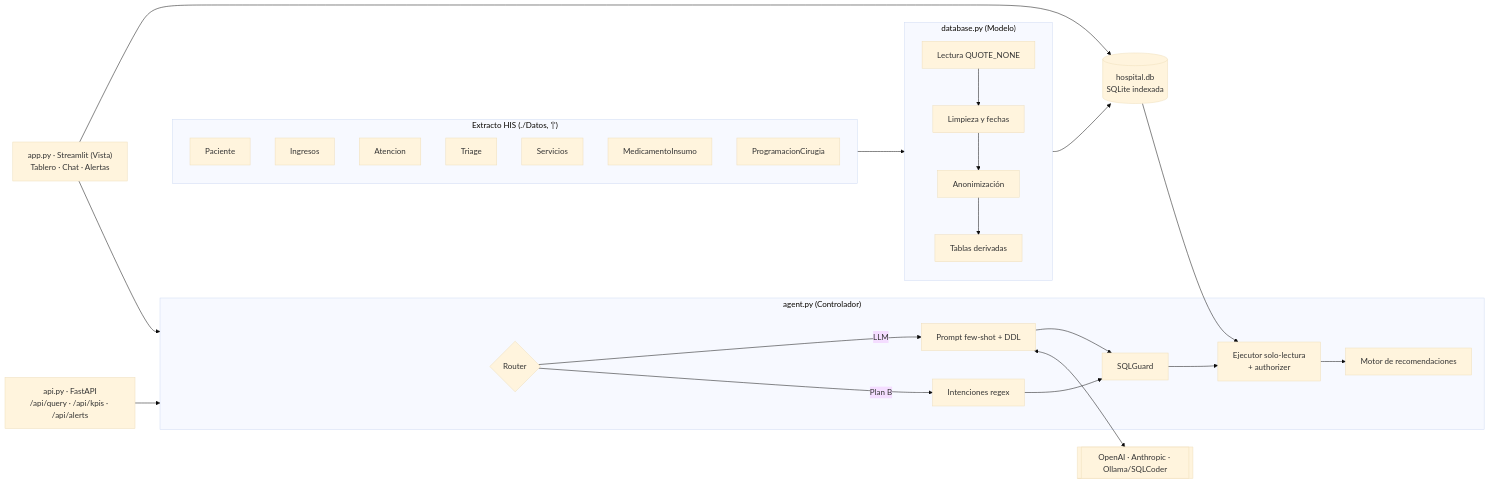
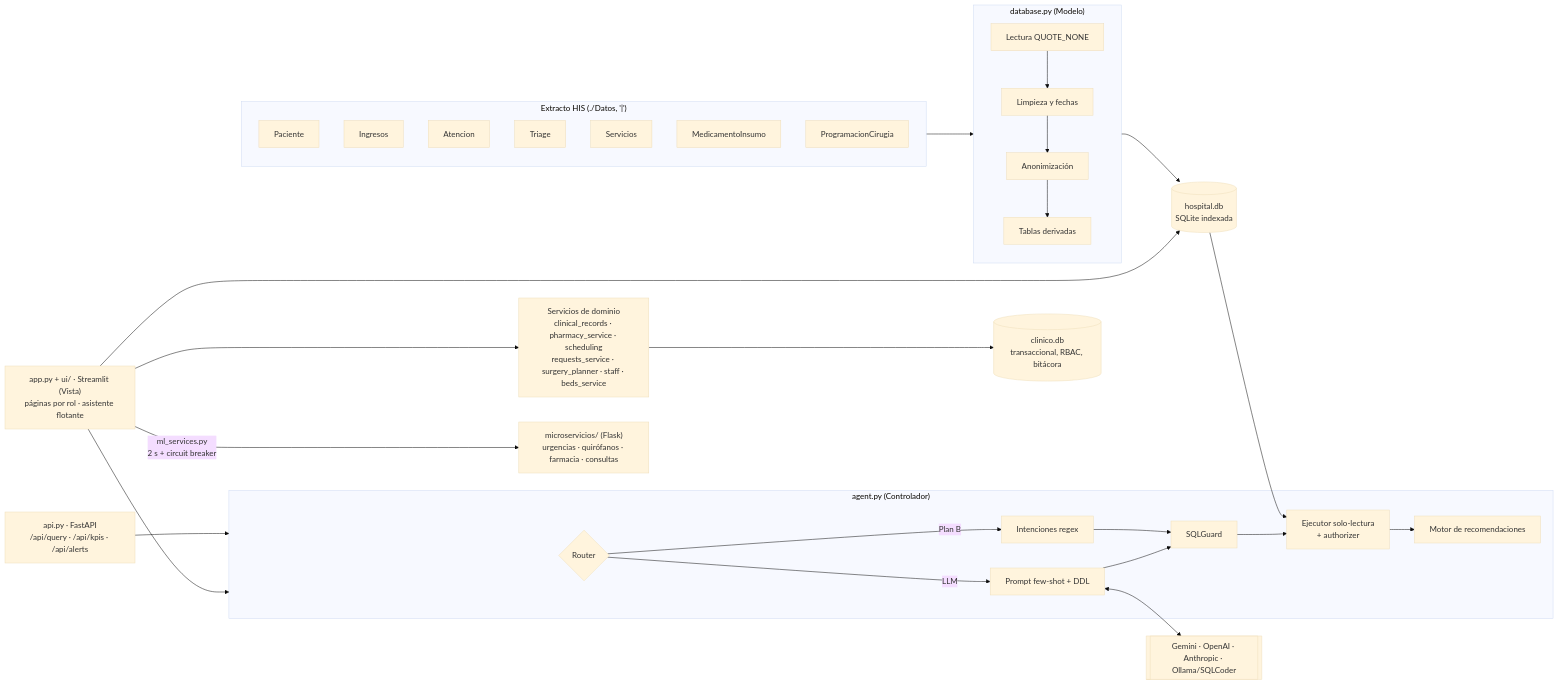
One commit to 62Andrew48/Susana-Lopez-Command-Center changed the first of 7 diagrams in README.md. Above: the diagram before and after it, drawn with Mermaid (base theme). The commit also changed other lines of this file, not shown here.

````diff
--- a/README.md
+++ b/README.md
@@ -83,27 +258,32 @@
 ```mermaid
 flowchart LR
     subgraph Fuente["Extracto HIS (./Datos, '|')"]
         P[Paciente] & I[Ingresos] & A[Atencion] & T[Triage]
         S[Servicios] & M[MedicamentoInsumo] & C[ProgramacionCirugia]
     end
     subgraph ETL["database.py (Modelo)"]
         L[Lectura QUOTE_NONE] --> N[Limpieza y fechas] --> AN[Anonimización] --> D[Tablas derivadas]
     end
     DB[(hospital.db<br/>SQLite indexada)]
     subgraph Agente["agent.py (Controlador)"]
         R{Router} -->|LLM| G[Prompt few-shot + DDL] --> SG[SQLGuard]
         R -->|Plan B| PB[Intenciones regex] --> SG
         SG --> EX[Ejecutor solo-lectura<br/>+ authorizer]
         EX --> RE[Motor de recomendaciones]
     end
-    UI["app.py · Streamlit (Vista)<br/>Tablero · Chat · Alertas"]
+    UI["app.py + ui/ · Streamlit (Vista)<br/>páginas por rol · asistente flotante"]
     API["api.py · FastAPI<br/>/api/query · /api/kpis · /api/alerts"]
-    LLM[[OpenAI · Anthropic · Ollama/SQLCoder]]
+    LLM[[Gemini · OpenAI · Anthropic · Ollama/SQLCoder]]
+    CLIN[(clinico.db<br/>transaccional, RBAC, bitácora)]
+    SRV["Servicios de dominio<br/>clinical_records · pharmacy_service · scheduling<br/>requests_service · surgery_planner · staff · beds_service"]
+    ML["microservicios/ (Flask)<br/>urgencias · quirófanos · farmacia · consultas"]
 
     Fuente --> ETL --> DB
     DB --> EX
     G <--> LLM
     UI --> Agente
     API --> Agente
     UI --> DB
+    UI --> SRV --> CLIN
+    UI -->|ml_services.py<br/>2 s + circuit breaker| ML
 ```
````
